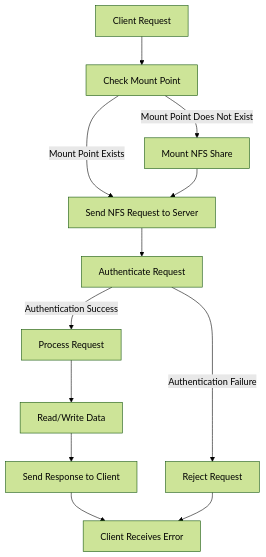
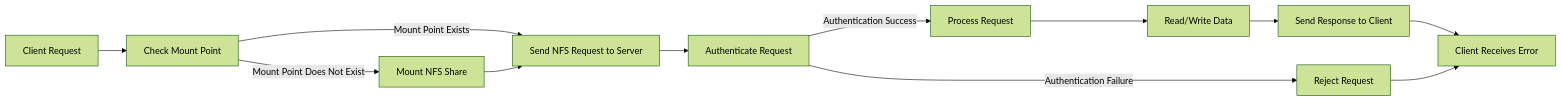
Before and after one commit to muhammadsziyad/redhat-nfs-server: the diagram in readme.md, drawn with Mermaid (forest theme).

````diff
--- a/readme.md
+++ b/readme.md
@@ -10,14 +10,14 @@
 ```mermaid
-graph TD;
+graph LR;
     A[Client Request] --> B[Check Mount Point]
     B -->|Mount Point Exists| C[Send NFS Request to Server]
     B -->|Mount Point Does Not Exist| D[Mount NFS Share]
     D --> C
     C --> E[Authenticate Request]
     E -->|Authentication Success| F[Process Request]
     E -->|Authentication Failure| G[Reject Request]
     F --> H[Read/Write Data]
     H --> I[Send Response to Client]
     I --> J[Client Receives Data]
     G --> J[Client Receives Error]
 ```
````
